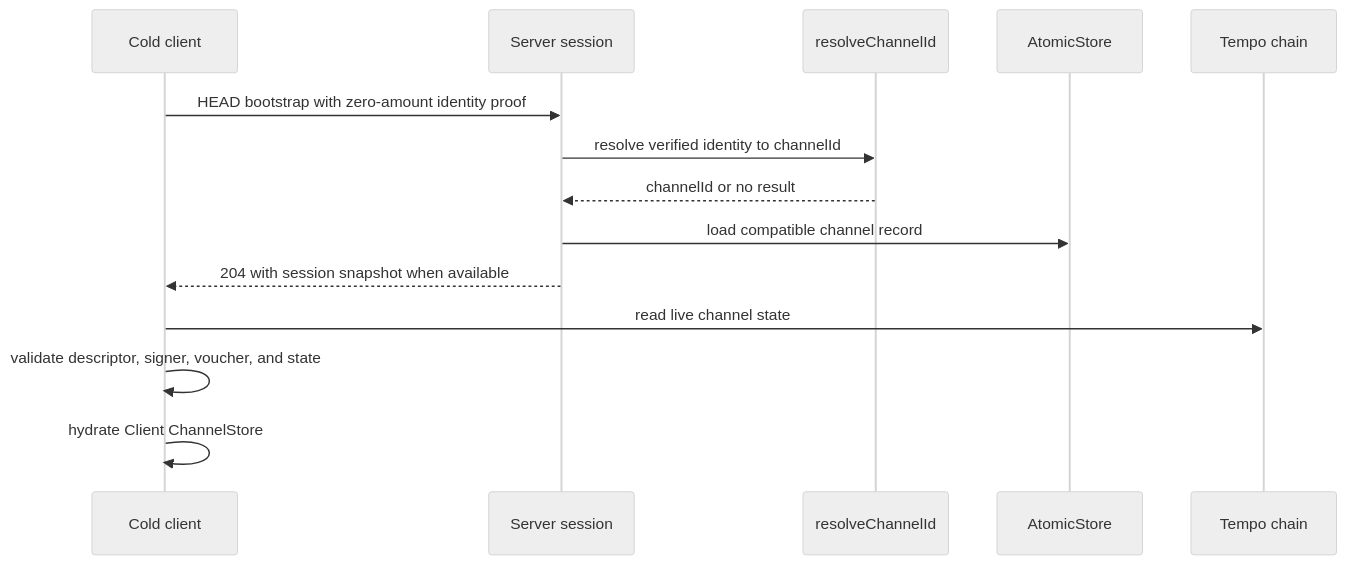
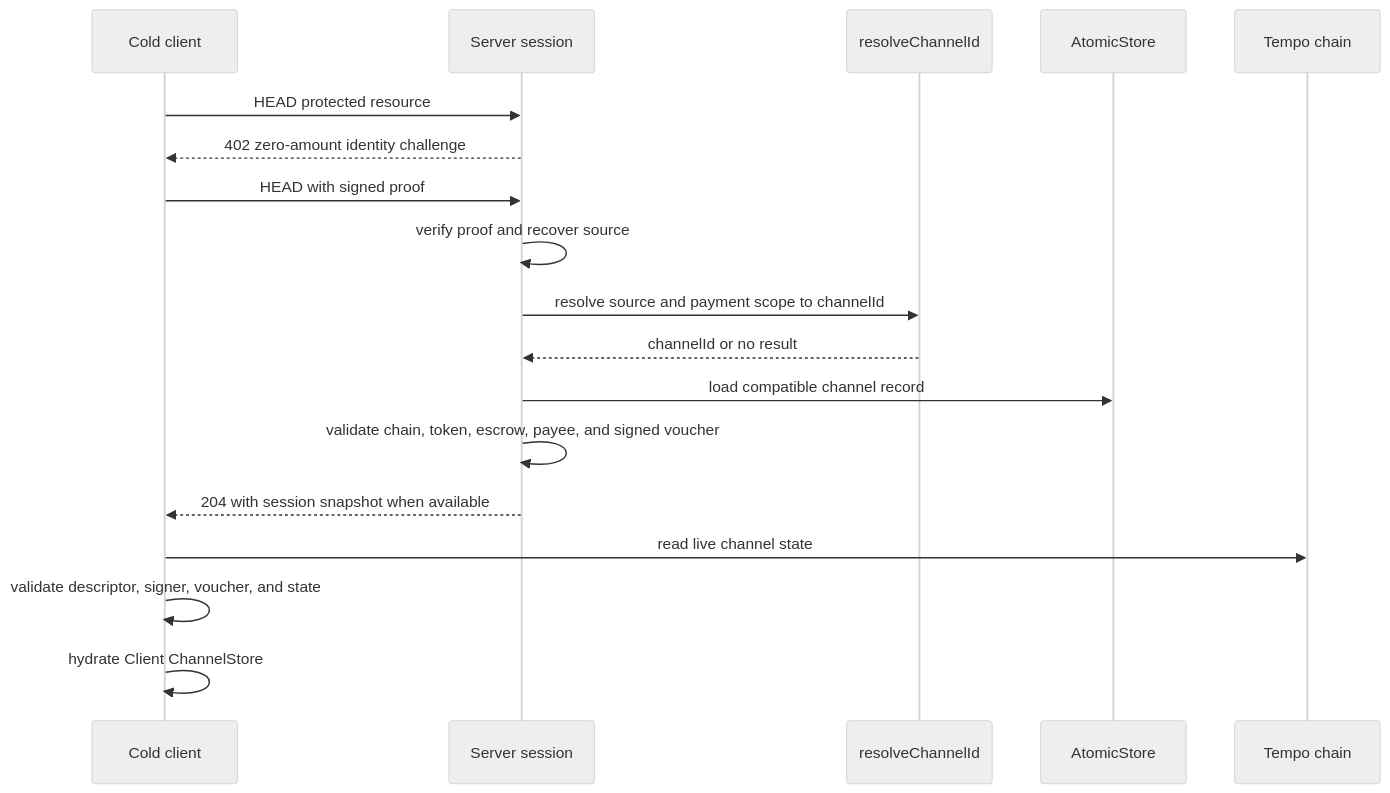
The third of 4 diagrams in src/tempo/session/README.md (wevm/mppx), drawn with Mermaid (neutral theme) before and after one commit. The commit also changed other lines of this file and 1 other file, not shown here.

````diff
--- a/src/tempo/session/README.md
+++ b/src/tempo/session/README.md
@@ -105,17 +129,21 @@
 ```mermaid
 sequenceDiagram
   participant C as Cold client
   participant S as Server session
   participant R as resolveChannelId
   participant L as AtomicStore
   participant T as Tempo chain
 
-  C->>S: HEAD bootstrap with zero-amount identity proof
-  S->>R: resolve verified identity to channelId
+  C->>S: HEAD protected resource
+  S-->>C: 402 zero-amount identity challenge
+  C->>S: HEAD with signed proof
+  S->>S: verify proof and recover source
+  S->>R: resolve source and payment scope to channelId
   R-->>S: channelId or no result
   S->>L: load compatible channel record
+  S->>S: validate chain, token, escrow, payee, and signed voucher
   S-->>C: 204 with session snapshot when available
   C->>T: read live channel state
   C->>C: validate descriptor, signer, voucher, and state
   C->>C: hydrate Client ChannelStore
 ```
````
